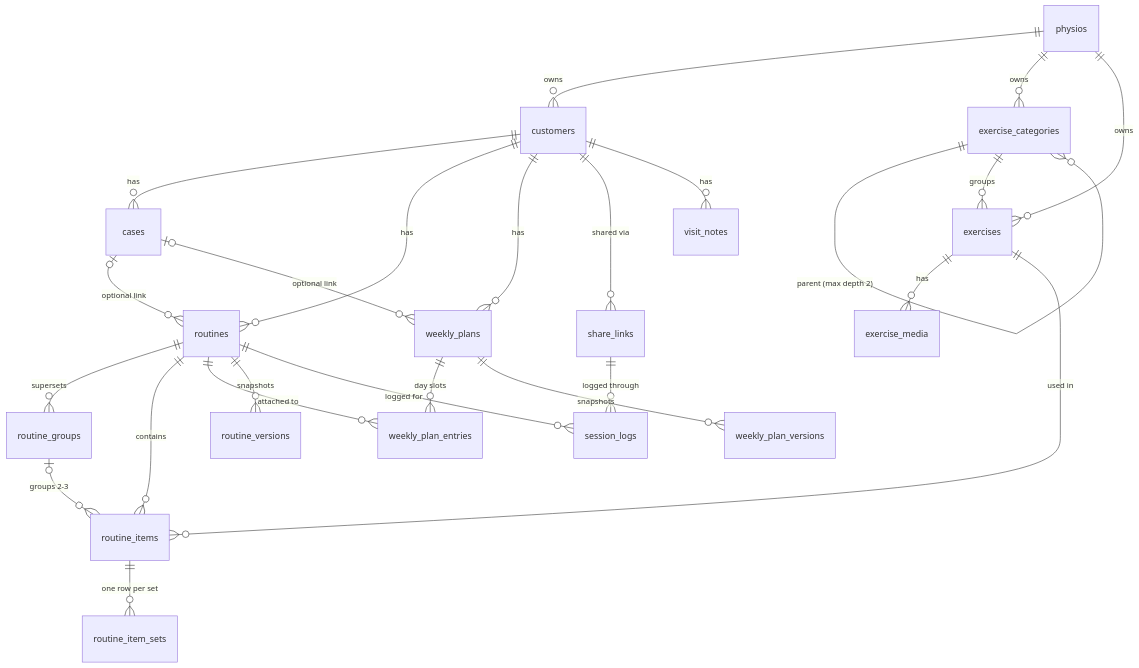
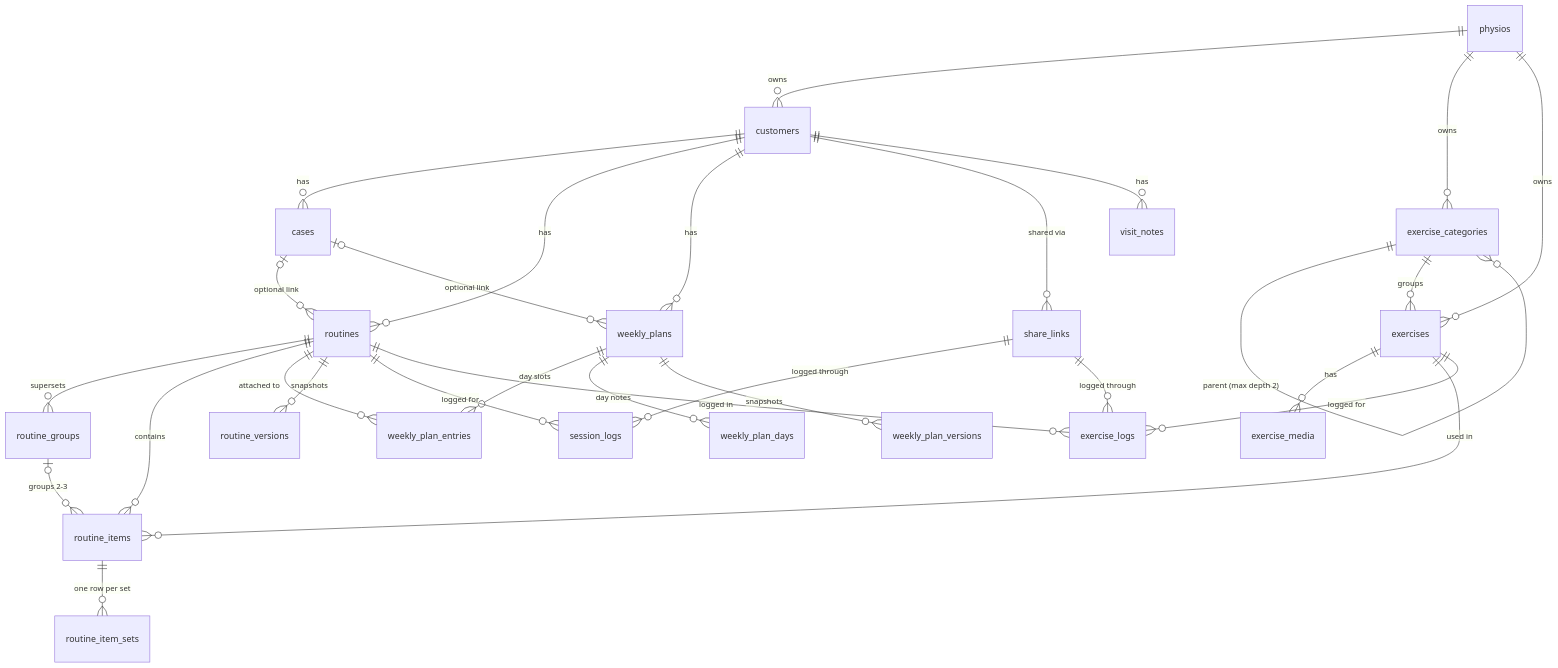
One commit to jopealgorta/physio-trainer changed the diagram in docs/architecture.md. Above: the diagram before and after it, drawn with Mermaid. The commit also changed other lines of this file and 158 other files, not shown here.

Commit message:
feat(patient): patient page v2 — compact list, workout bar, RPE, exercise logs, day notes, aerobic (spec 19) (#32)

````diff
--- a/docs/architecture.md
+++ b/docs/architecture.md
@@ -128,27 +128,31 @@
 ```mermaid
 erDiagram
   physios ||--o{ customers : owns
   physios ||--o{ exercise_categories : owns
   physios ||--o{ exercises : owns
   exercise_categories ||--o{ exercise_categories : "parent (max depth 2)"
   exercise_categories ||--o{ exercises : groups
   exercises ||--o{ exercise_media : has
   customers ||--o{ cases : has
   customers ||--o{ routines : has
   customers ||--o{ weekly_plans : has
   cases |o--o{ routines : "optional link"
   cases |o--o{ weekly_plans : "optional link"
   routines ||--o{ routine_groups : "supersets"
   routines ||--o{ routine_items : contains
   routine_groups |o--o{ routine_items : "groups 2-3"
   routine_items ||--o{ routine_item_sets : "one row per set"
   exercises ||--o{ routine_items : "used in"
   weekly_plans ||--o{ weekly_plan_entries : "day slots"
+  weekly_plans ||--o{ weekly_plan_days : "day notes"
   routines ||--o{ weekly_plan_entries : "attached to"
   routines ||--o{ routine_versions : snapshots
   weekly_plans ||--o{ weekly_plan_versions : snapshots
   customers ||--o{ share_links : "shared via"
   share_links ||--o{ session_logs : "logged through"
   routines ||--o{ session_logs : "logged for"
+  share_links ||--o{ exercise_logs : "logged through"
+  exercises ||--o{ exercise_logs : "logged for"
+  routines ||--o{ exercise_logs : "logged in"
   customers ||--o{ visit_notes : has
 ```
````
